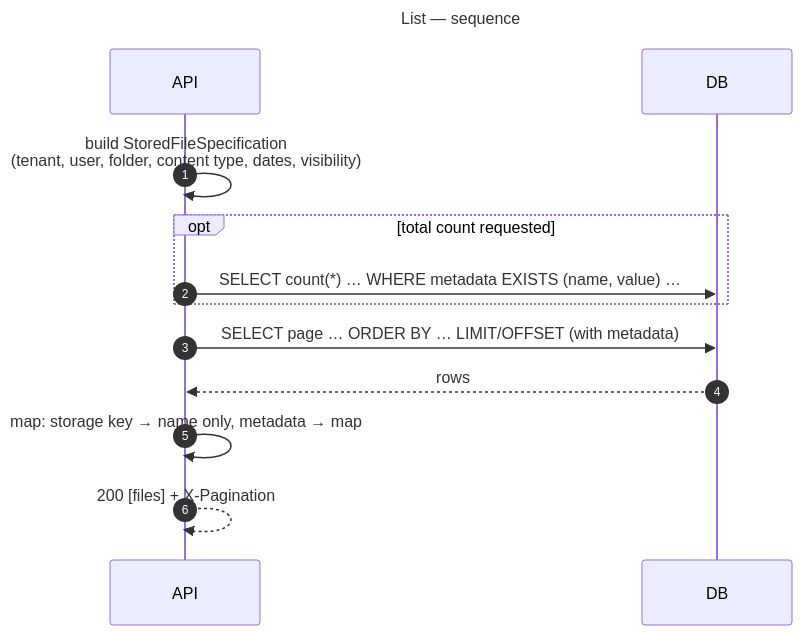
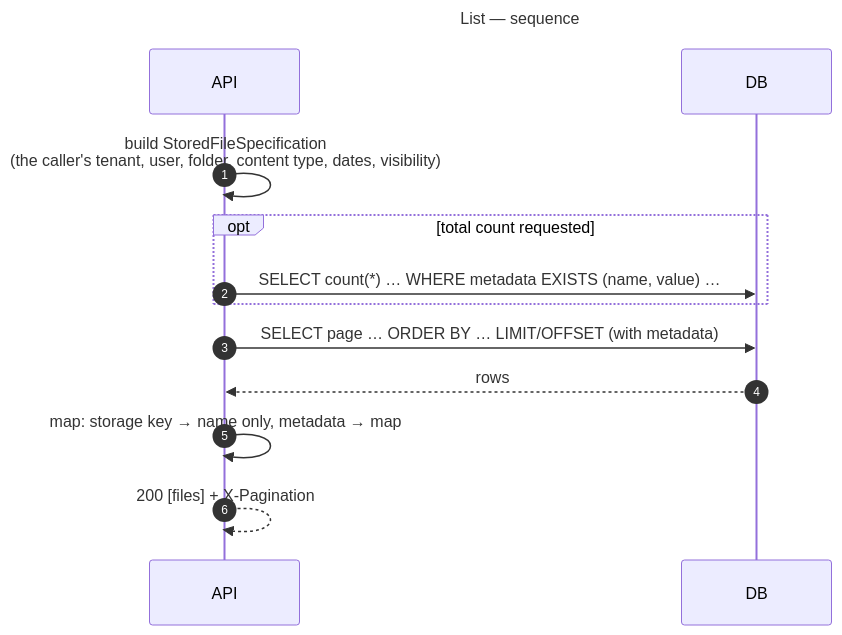
The sixth of 17 diagrams in docs/sequence-diagrams.md (gmetskhvarishvili/GM.FileStorage.Samples), drawn with Mermaid before and after one commit. The commit also changed other lines of this file and 23 other files, not shown here.

First line of the commit message:
feat!: files belong to the caller's tenant, from GM's actor headers

````diff
--- a/docs/sequence-diagrams.md
+++ b/docs/sequence-diagrams.md
@@ -239,18 +239,18 @@
 ```mermaid
 ---
 title: List — sequence
 ---
 sequenceDiagram
     autonumber
     participant API
     participant DB
 
-    API->>API: build StoredFileSpecification<br/>(tenant, user, folder, content type, dates, visibility)
+    API->>API: build StoredFileSpecification<br/>(the caller's tenant, user, folder, content type, dates, visibility)
     opt total count requested
         API->>DB: SELECT count(*) … WHERE metadata EXISTS (name, value) …
     end
     API->>DB: SELECT page … ORDER BY … LIMIT/OFFSET (with metadata)
     DB-->>API: rows
     API->>API: map: storage key → name only, metadata → map
     API-->>API: 200 [files] + X-Pagination
 ```
````
